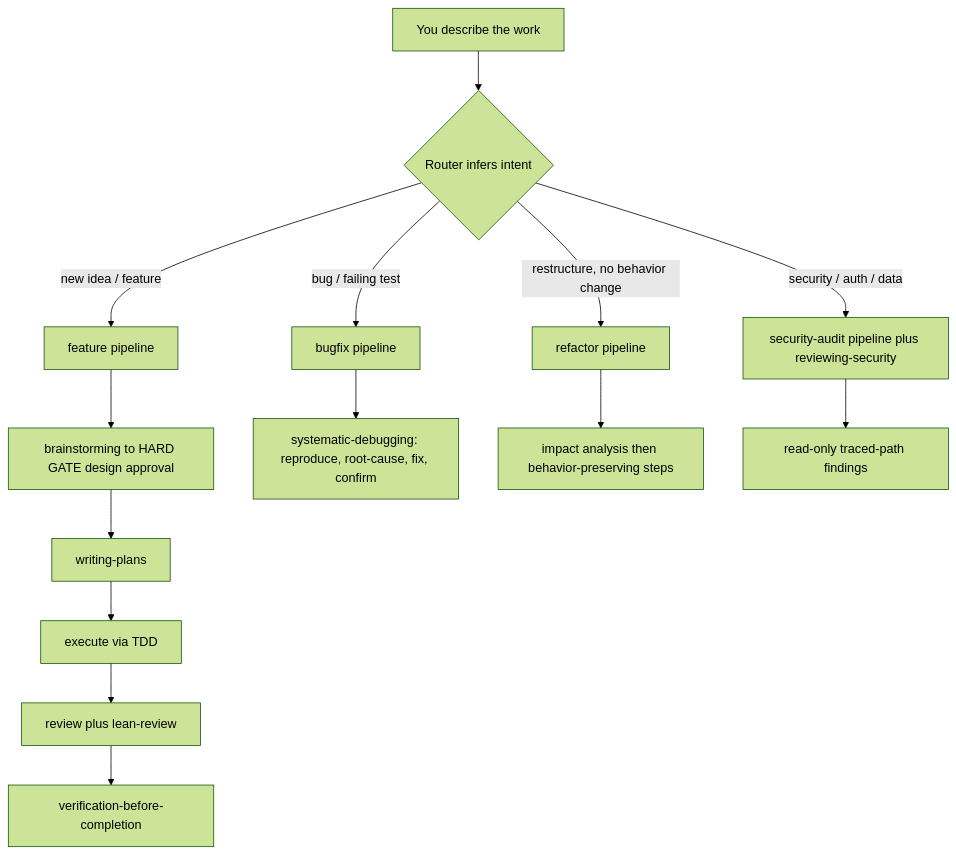
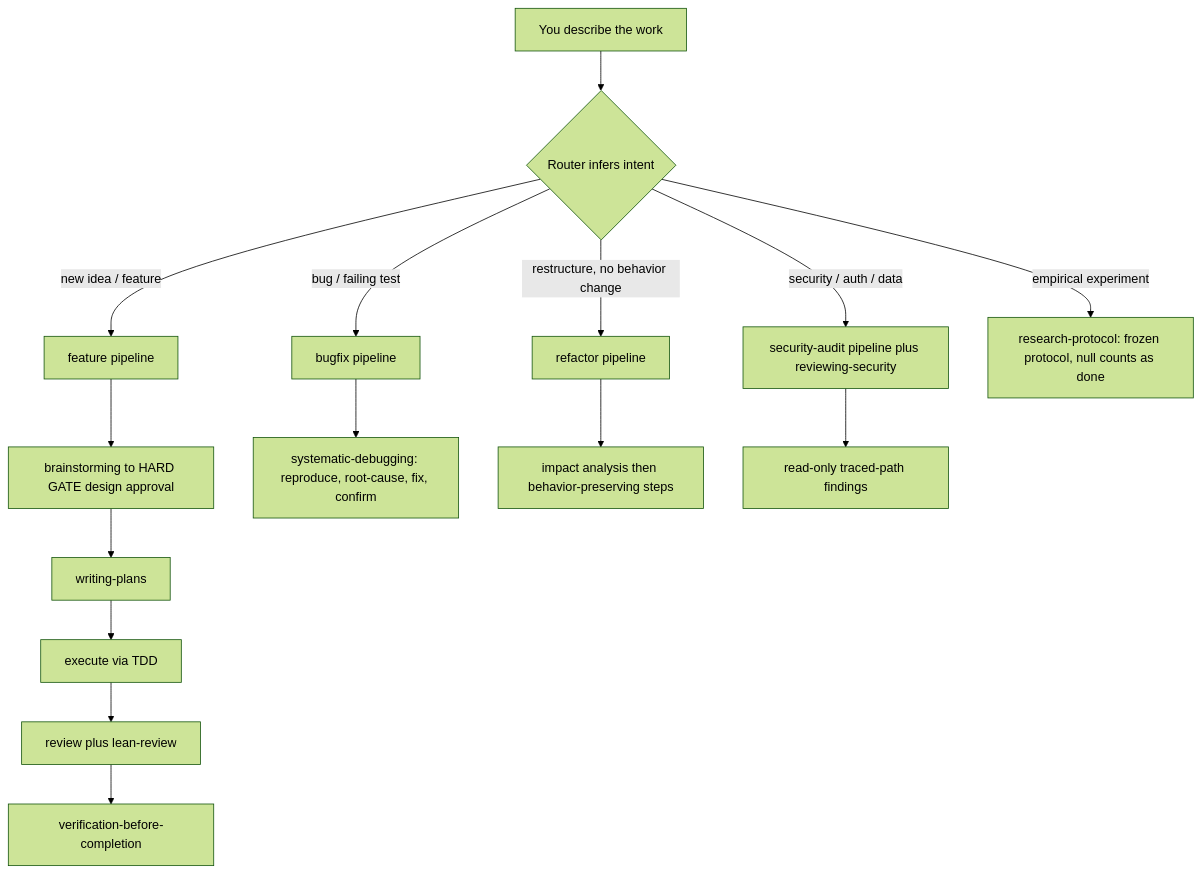
Before and after one commit to garikipatisai-code/sdlc-lean: the diagram in README.md, drawn with Mermaid (forest theme). The commit also changed other lines of this file and 28 other files, not shown here.

````diff
--- a/README.md
+++ b/README.md
@@ -10,12 +10,13 @@
 ```mermaid
 flowchart TD
     U[You describe the work] --> R{Router infers intent}
     R -->|new idea / feature| F[feature pipeline]
     R -->|bug / failing test| B[bugfix pipeline]
     R -->|restructure, no behavior change| RF[refactor pipeline]
     R -->|security / auth / data| S[security-audit pipeline plus reviewing-security]
+    R -->|empirical experiment| RS[research-protocol: frozen protocol, null counts as done]
     F --> FB[brainstorming to HARD GATE design approval] --> FP[writing-plans] --> FI[execute via TDD] --> FR[review plus lean-review] --> FV[verification-before-completion]
     B --> BR[systematic-debugging: reproduce, root-cause, fix, confirm]
     RF --> RI[impact analysis then behavior-preserving steps]
     S --> SR[read-only traced-path findings]
 ```
````
